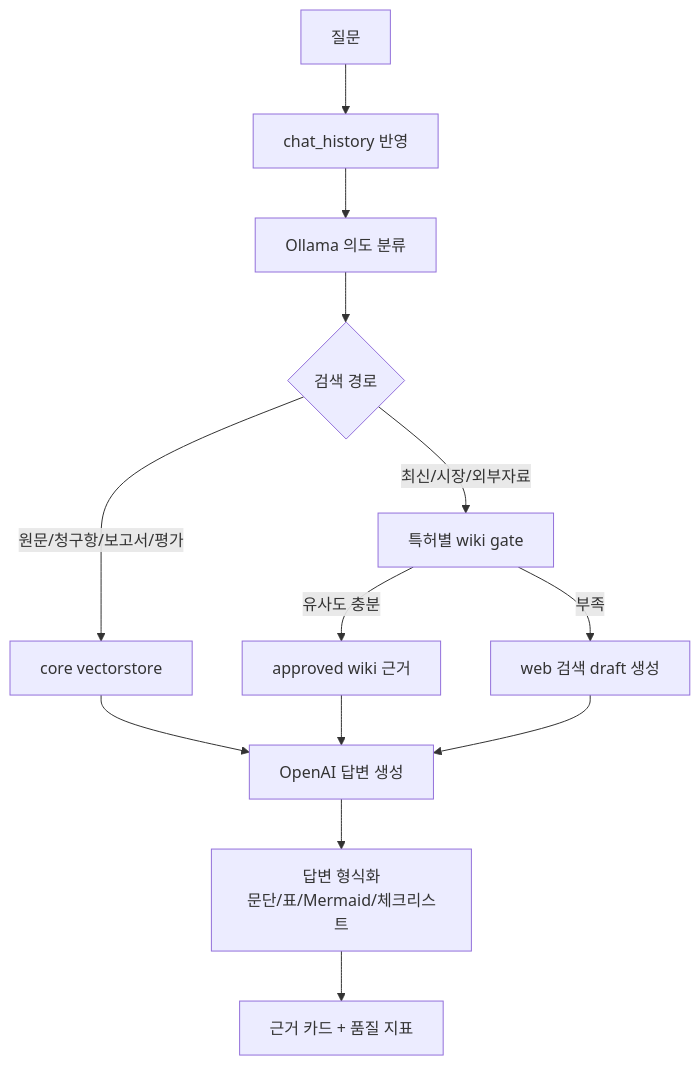
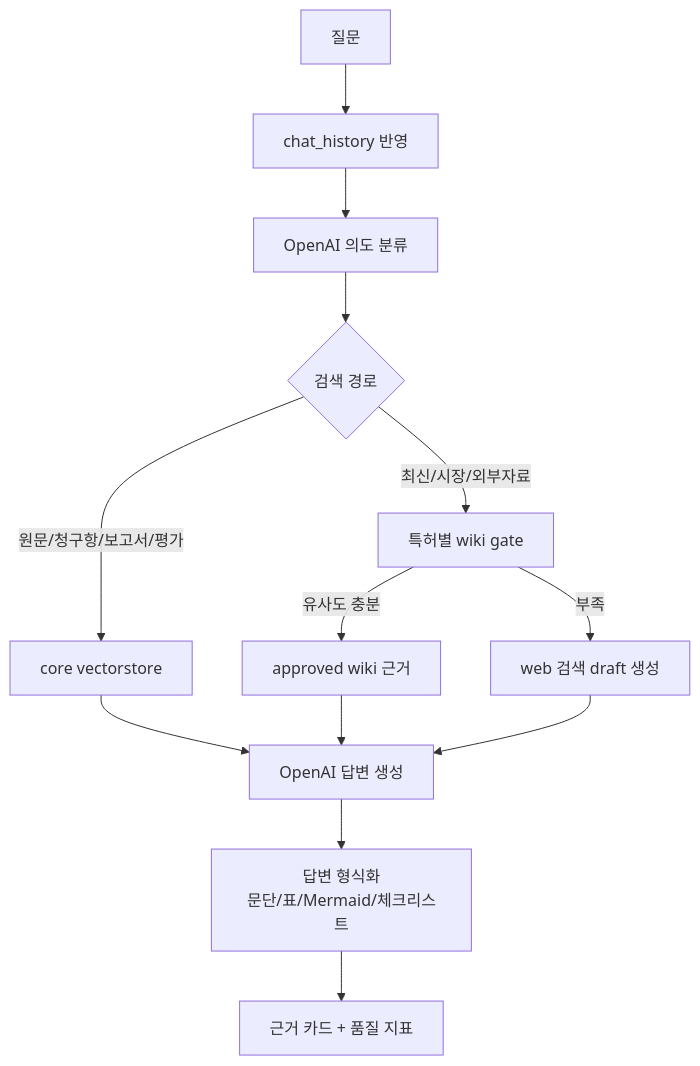
One commit to skipers/skipa-ai-server changed the first of 2 diagrams in chatbot/README.md. Above: the diagram before and after it, drawn with Mermaid. The commit also changed other lines of this file and 57 other files, not shown here.

````diff
--- a/chatbot/README.md
+++ b/chatbot/README.md
@@ -129,15 +149,15 @@
 ```mermaid
 flowchart TD
   Q[질문] --> H[chat_history 반영]
-  H --> I[Ollama 의도 분류]
+  H --> I[OpenAI 의도 분류]
   I --> R{검색 경로}
   R -->|원문/청구항/보고서/평가| CORE[core vectorstore]
   R -->|최신/시장/외부자료| WIKI[특허별 wiki gate]
   WIKI -->|유사도 충분| WC[approved wiki 근거]
   WIKI -->|부족| WEB[web 검색 draft 생성]
   CORE --> A[OpenAI 답변 생성]
   WC --> A
   WEB --> A
   A --> F[답변 형식화<br/>문단/표/Mermaid/체크리스트]
   F --> E[근거 카드 + 품질 지표]
 ```
````
